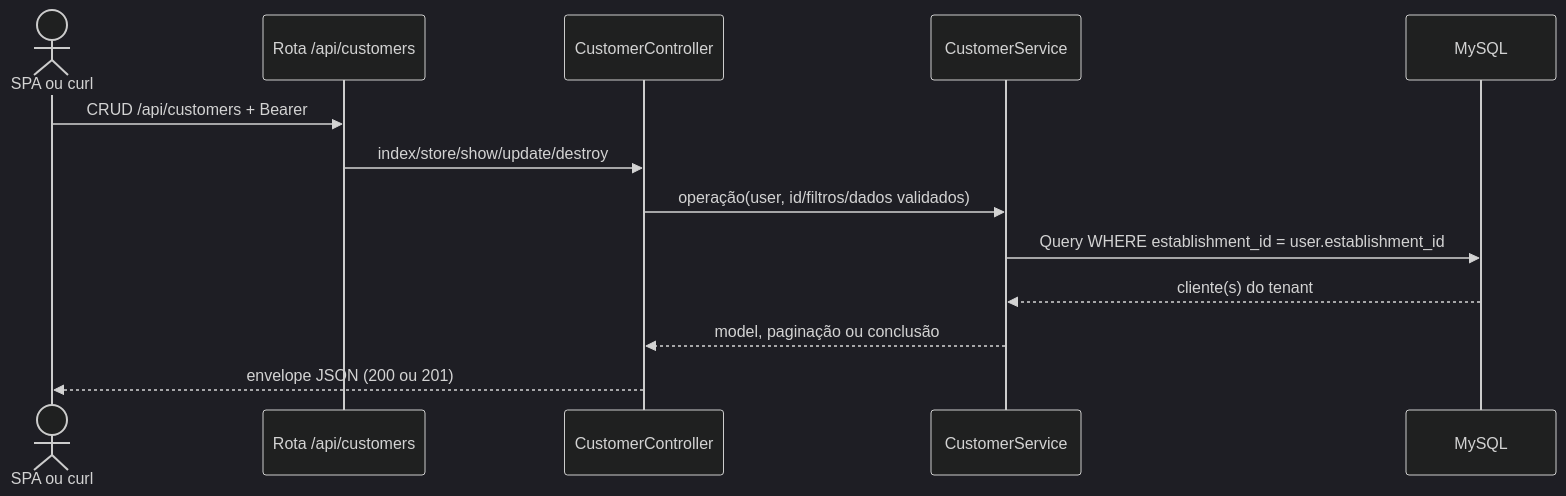
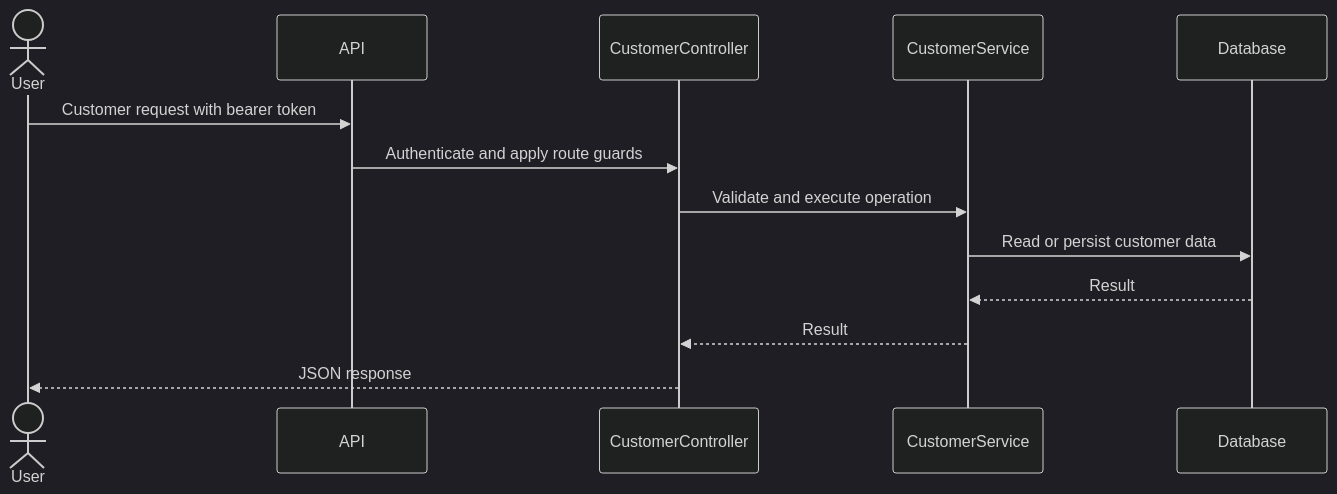
The diagram in docs/specs/diagrams/customers.md (mitaloammon/simplyfood_), drawn with Mermaid (dark theme) before and after one commit. The commit also changed other lines of this file and 71 other files, not shown here.

Commit message:
docs: consolidate SimplyCore architecture documentation

````diff
--- a/docs/specs/diagrams/customers.md
+++ b/docs/specs/diagrams/customers.md
@@ -21,15 +5,15 @@
 ```mermaid
 sequenceDiagram
-    actor A as SPA ou curl
-    participant R as Rota /api/customers
-    participant C as CustomerController
-    participant S as CustomerService
-    participant DB as MySQL
-    A->>R: CRUD /api/customers + Bearer
-    R->>C: index/store/show/update/destroy
-    C->>S: operação(user, id/filtros/dados validados)
-    S->>DB: Query WHERE establishment_id = user.establishment_id
-    DB-->>S: cliente(s) do tenant
-    S-->>C: model, paginação ou conclusão
-    C-->>A: envelope JSON (200 ou 201)
+    actor User
+    participant API
+    participant Controller as CustomerController
+    participant Service as CustomerService
+    participant DB as Database
+    User->>API: Customer request with bearer token
+    API->>Controller: Authenticate and apply route guards
+    Controller->>Service: Validate and execute operation
+    Service->>DB: Read or persist customer data
+    DB-->>Service: Result
+    Service-->>Controller: Result
+    Controller-->>User: JSON response
 ```
````
